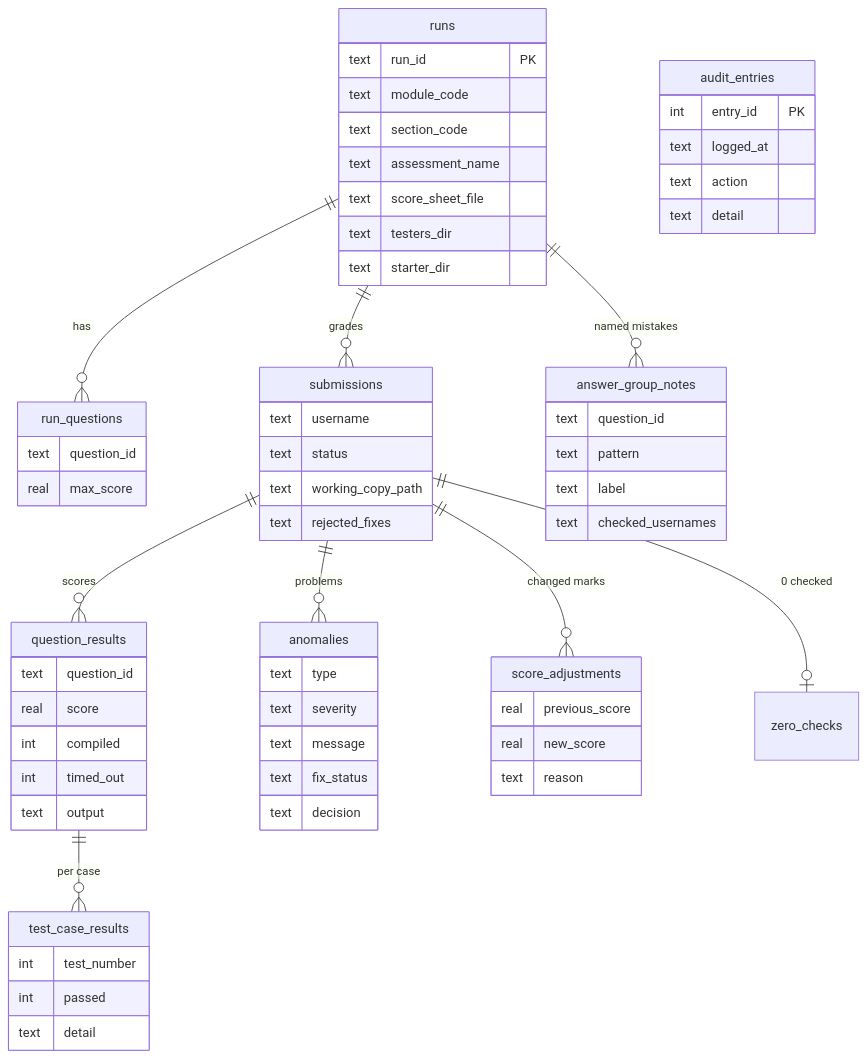
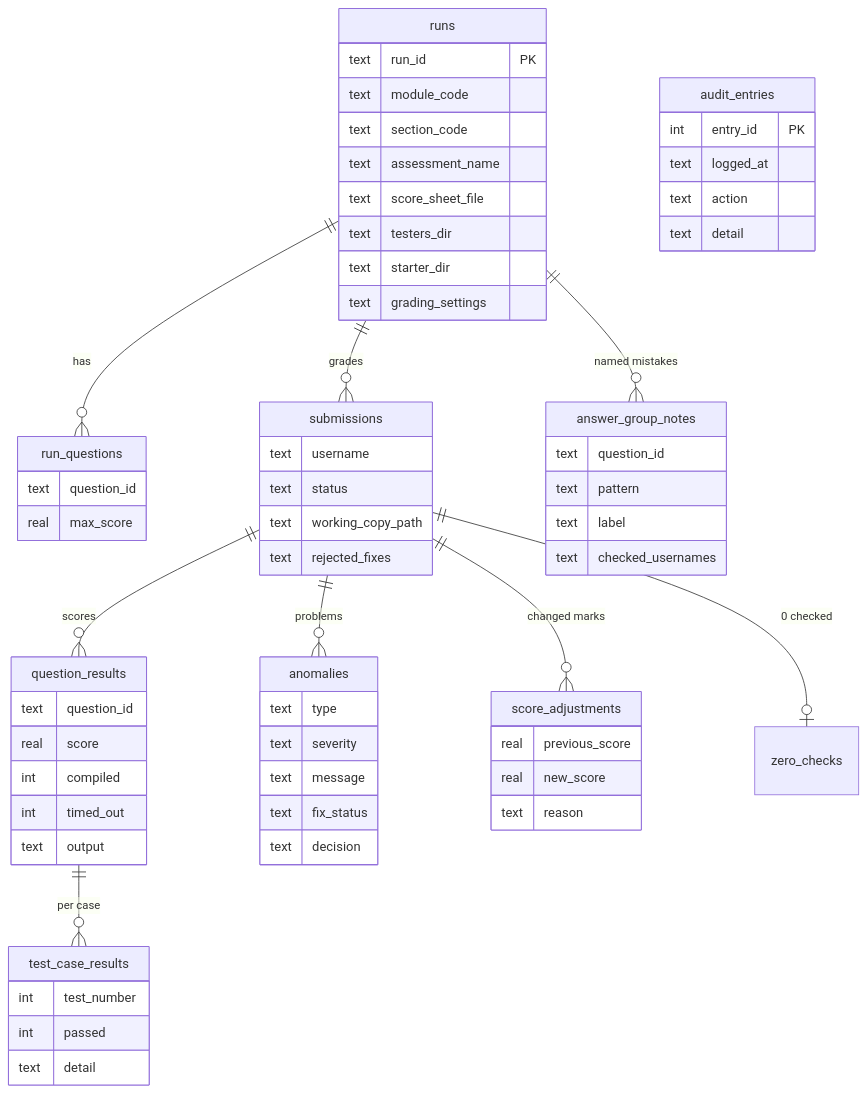
One commit to damienlaww/GradeZZY changed the eighth of 8 diagrams in README.md. Above: the diagram before and after it, drawn with Mermaid. The commit also changed other lines of this file and 58 other files, not shown here.

````diff
--- a/README.md
+++ b/README.md
@@ -1007,66 +1084,67 @@
 ```mermaid
 erDiagram
     runs ||--o{ run_questions : "has"
     runs ||--o{ submissions : "grades"
     submissions ||--o{ question_results : "scores"
     question_results ||--o{ test_case_results : "per case"
     submissions ||--o{ anomalies : "problems"
     submissions ||--o{ score_adjustments : "changed marks"
     submissions ||--o| zero_checks : "0 checked"
     runs ||--o{ answer_group_notes : "named mistakes"
     runs {
         text run_id PK
         text module_code
         text section_code
         text assessment_name
         text score_sheet_file
         text testers_dir
         text starter_dir
+        text grading_settings
     }
     run_questions {
         text question_id
         real max_score
     }
     submissions {
         text username
         text status
         text working_copy_path
         text rejected_fixes
     }
     question_results {
         text question_id
         real score
         int compiled
         int timed_out
         text output
     }
     test_case_results {
         int test_number
         int passed
         text detail
     }
     anomalies {
         text type
         text severity
         text message
         text fix_status
         text decision
     }
     score_adjustments {
         real previous_score
         real new_score
         text reason
     }
     answer_group_notes {
         text question_id
         text pattern
         text label
         text checked_usernames
     }
     audit_entries {
         int entry_id PK
         text logged_at
         text action
         text detail
     }
 ```
````
